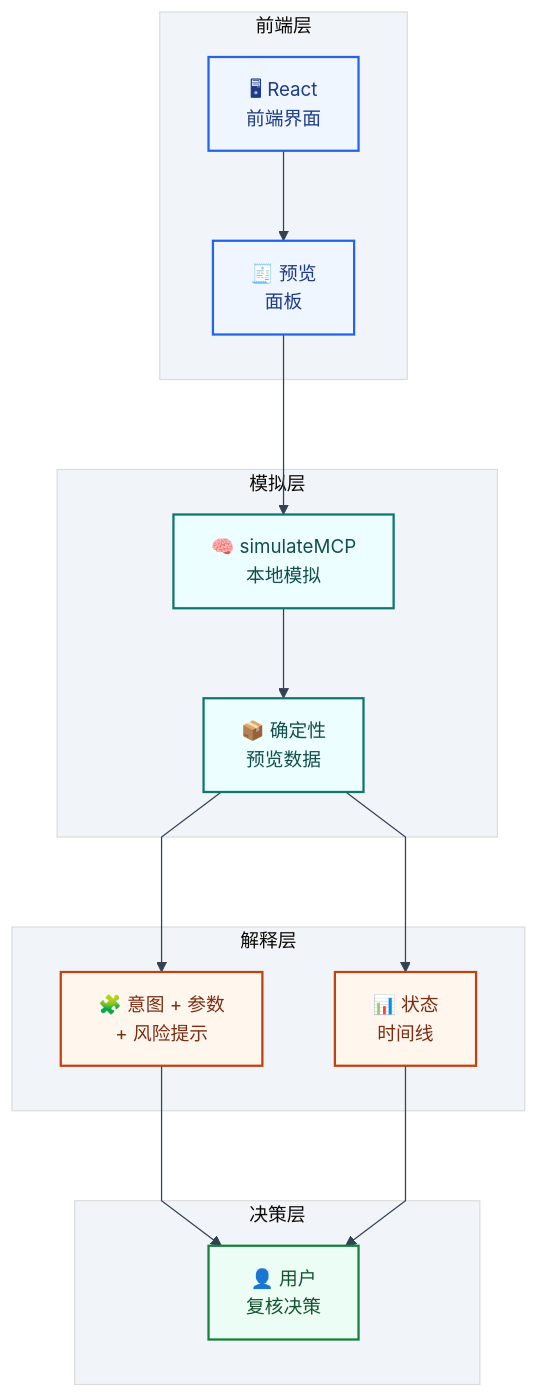
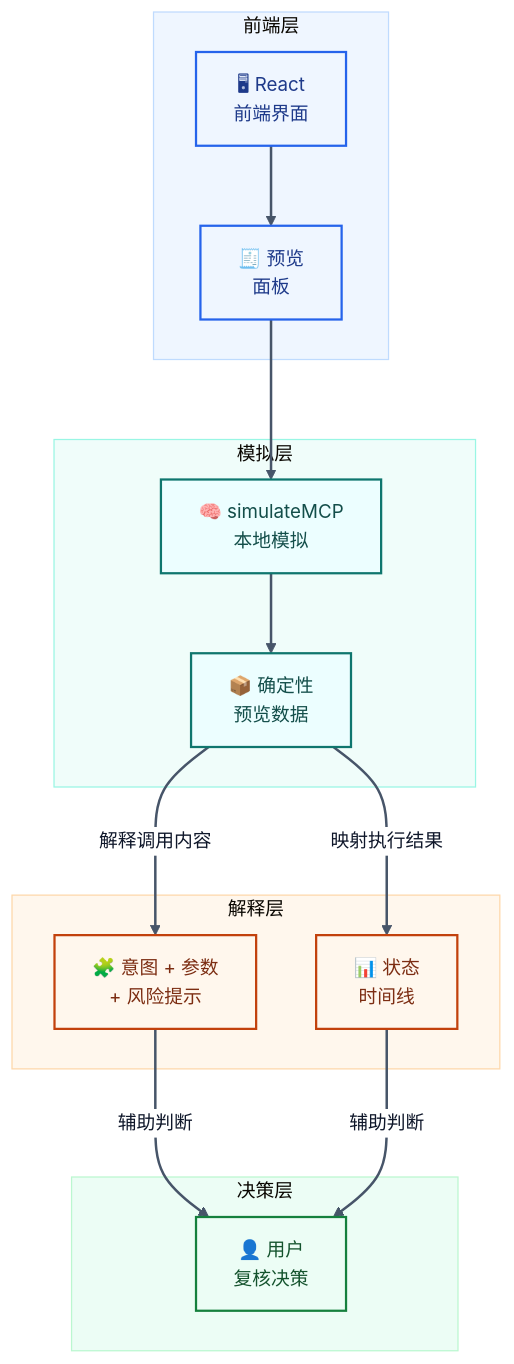
The eighth of 8 diagrams in README.md (sunshineluyao/Moss-Mcp-Transaction), drawn with Mermaid before and after one commit. The commit also changed other lines of this file, not shown here.

Commit message:
docs: improve Mermaid chart clarity and styling

````diff
--- a/README.md
+++ b/README.md
@@ -732,34 +755,39 @@
 ```mermaid
-%%{init: {'theme':'base','flowchart': {'htmlLabels': true, 'nodeSpacing': 58, 'rankSpacing': 72, 'curve': 'linear'},'themeVariables': {'fontFamily':'Trebuchet MS, Segoe UI, sans-serif','fontSize':'15px','primaryColor':'#eef6ff','primaryBorderColor':'#3b82f6','primaryTextColor':'#0f172a','lineColor':'#334155','secondaryColor':'#f8fafc','tertiaryColor':'#f1f5f9','edgeLabelBackground':'#e2e8f0'}}}%%
+%%{init: {'theme':'base','flowchart': {'htmlLabels': true, 'nodeSpacing': 48, 'rankSpacing': 64, 'curve': 'basis'},'themeVariables': {'fontFamily':'Inter, Segoe UI, sans-serif','fontSize':'15px','primaryTextColor':'#0f172a','lineColor':'#475569','clusterBkg':'#f8fafc','clusterBorder':'#cbd5e1','edgeLabelBackground':'#ffffff'}}}%%
 flowchart TB
   subgraph L1[前端层]
     UI["🖥 React<br/>前端界面"] --> Preview["🧾 预览<br/>面板"]
   end
 
   subgraph L2[模拟层]
     Engine["🧠 simulateMCP<br/>本地模拟"] --> Data["📦 确定性<br/>预览数据"]
   end
 
   subgraph L3[解释层]
     Cards["🧩 意图 + 参数<br/>+ 风险提示"]
     Timeline["📊 状态<br/>时间线"]
   end
 
   subgraph L4[决策层]
     User["👤 用户<br/>复核决策"]
   end
 
   Preview --> Engine
-  Data --> Cards --> User
-  Data --> Timeline --> User
+  Data -->|解释调用内容| Cards -->|辅助判断| User
+  Data -->|映射执行结果| Timeline -->|辅助判断| User
 
   classDef frontend fill:#eff6ff,stroke:#2563eb,stroke-width:1.8px,color:#1e3a8a;
   classDef sim fill:#ecfeff,stroke:#0f766e,stroke-width:1.8px,color:#134e4a;
   classDef explain fill:#fff7ed,stroke:#c2410c,stroke-width:1.8px,color:#7c2d12;
   classDef decision fill:#ecfdf5,stroke:#15803d,stroke-width:1.8px,color:#14532d;
 
   class UI,Preview frontend;
   class Engine,Data sim;
   class Cards,Timeline explain;
   class User decision;
+  style L1 fill:#eff6ff,stroke:#bfdbfe,stroke-width:1px
+  style L2 fill:#f0fdfa,stroke:#99f6e4,stroke-width:1px
+  style L3 fill:#fff7ed,stroke:#fed7aa,stroke-width:1px
+  style L4 fill:#ecfdf5,stroke:#bbf7d0,stroke-width:1px
+  linkStyle default stroke:#475569,stroke-width:2px;
 ```
````
